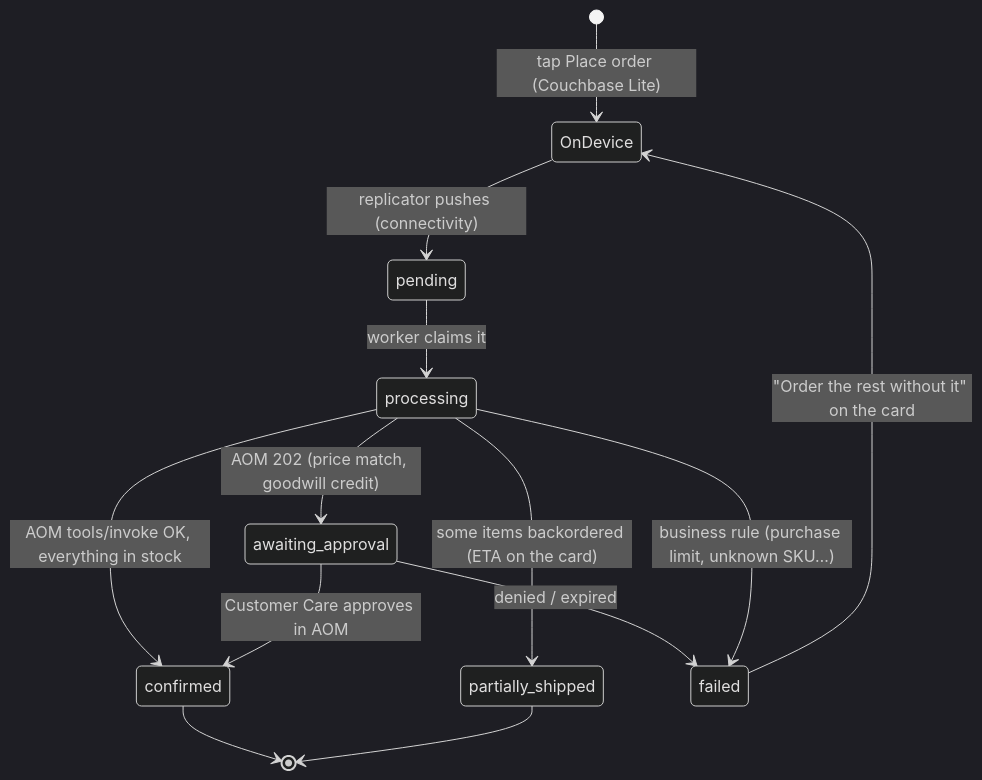
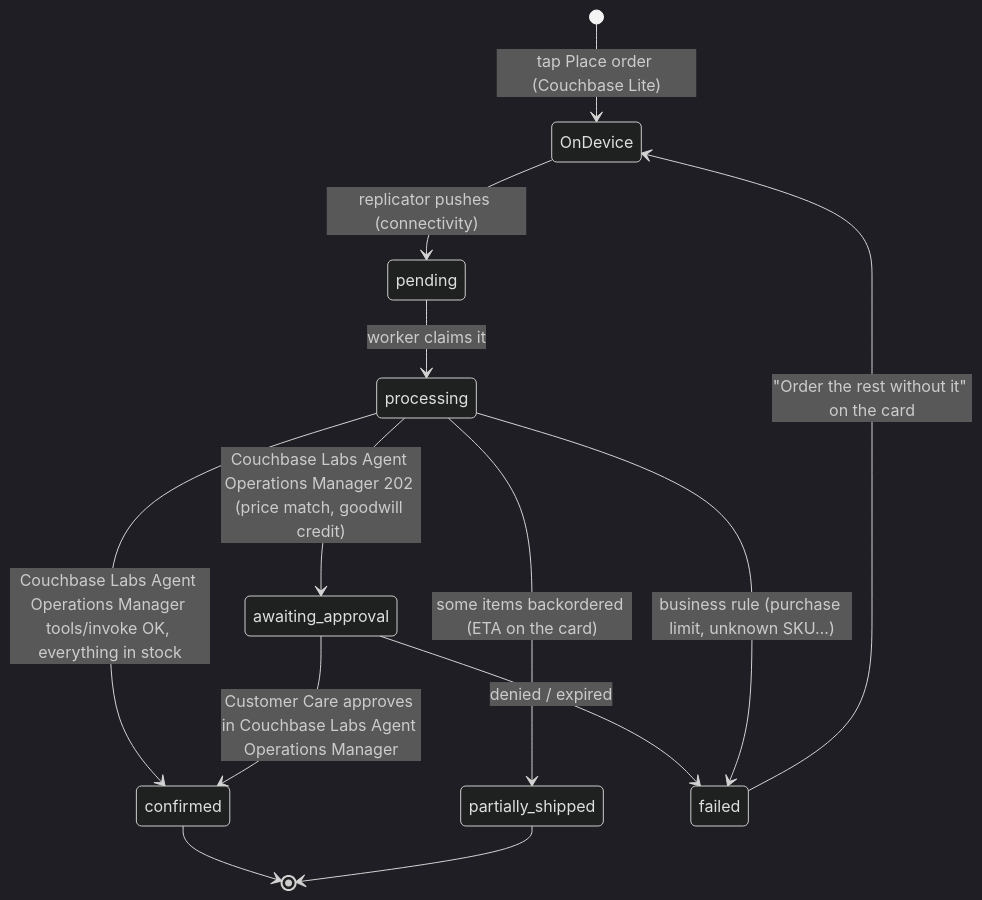
Before and after one commit to Couchbase-Field-Engineering/couchbase-shopsmart-mobile-ai-personalization-demo: the third of 3 diagrams in README.md, drawn with Mermaid (dark theme). The commit also changed other lines of this file and 11 other files, not shown here.

First line of the commit message:
Use the Couchbase Labs Agent Operations Manager name

````diff
--- a/README.md
+++ b/README.md
@@ -157,15 +157,15 @@
 ```mermaid
 stateDiagram-v2
   [*] --> OnDevice: tap Place order (Couchbase Lite)
   OnDevice --> pending: replicator pushes (connectivity)
   pending --> processing: worker claims it
-  processing --> confirmed: AOM tools/invoke OK, everything in stock
+  processing --> confirmed: Couchbase Labs Agent Operations Manager tools/invoke OK, everything in stock
   processing --> partially_shipped: some items backordered (ETA on the card)
-  processing --> awaiting_approval: AOM 202 (price match, goodwill credit)
-  awaiting_approval --> confirmed: Customer Care approves in AOM
+  processing --> awaiting_approval: Couchbase Labs Agent Operations Manager 202 (price match, goodwill credit)
+  awaiting_approval --> confirmed: Customer Care approves in Couchbase Labs Agent Operations Manager
   awaiting_approval --> failed: denied / expired
   processing --> failed: business rule (purchase limit, unknown SKU…)
   failed --> OnDevice: "Order the rest without it" on the card
   confirmed --> [*]
   partially_shipped --> [*]
 ```
````
